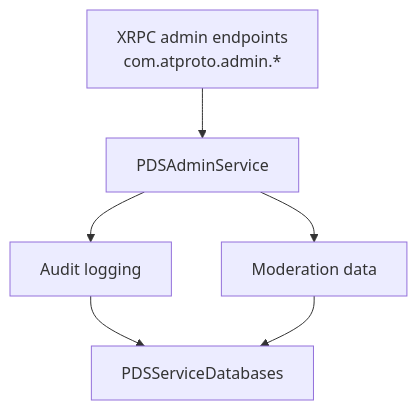
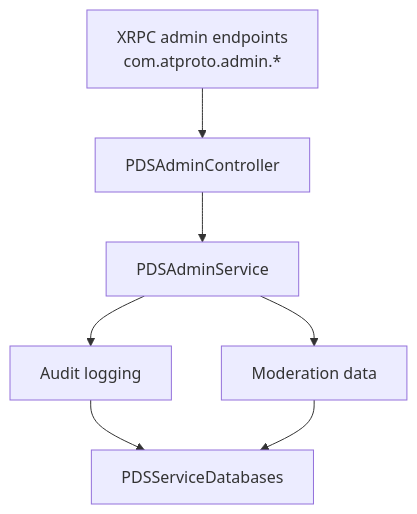
One commit to jvalinsky/garazyk changed the diagram in docs/03-application-layer/admin-service.md. Above: the diagram before and after it, drawn with Mermaid. The commit also changed other lines of this file and 22 other files, not shown here.

````diff
--- a/docs/03-application-layer/admin-service.md
+++ b/docs/03-application-layer/admin-service.md
@@ -52,8 +52,9 @@
 ```mermaid
 flowchart TD
-    endpoints["XRPC admin endpoints<br/>com.atproto.admin.*"] --> service["PDSAdminService"]
+    endpoints["XRPC admin endpoints<br/>com.atproto.admin.*"] --> controller["PDSAdminController"]
+    controller --> service["PDSAdminService"]
     service --> audit["Audit logging"]
     service --> moderation["Moderation data"]
     audit --> databases["PDSServiceDatabases"]
     moderation --> databases
 ```
````
